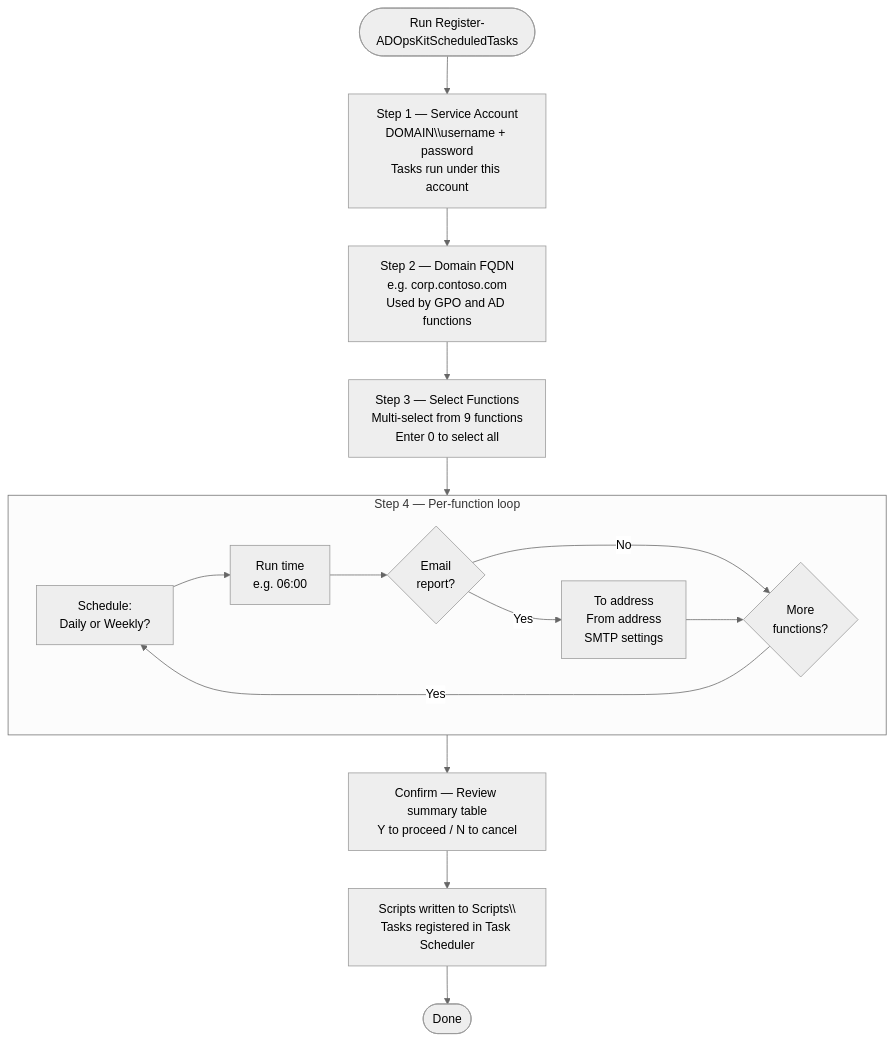
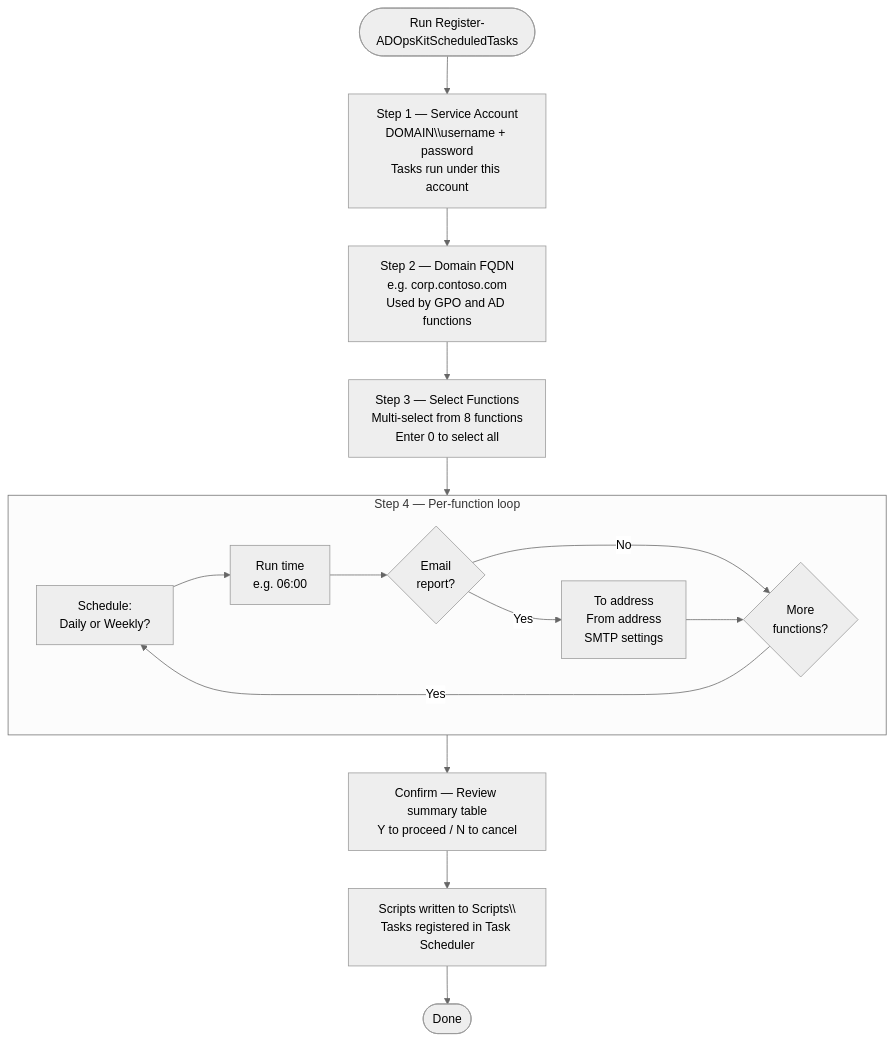
One commit to Karanth1992/powershell-scripts changed the second of 4 diagrams in WORKFLOW.md. Above: the diagram before and after it, drawn with Mermaid (neutral theme). The commit also changed other lines of this file and 12 other files, not shown here.

````diff
--- a/WORKFLOW.md
+++ b/WORKFLOW.md
@@ -54,24 +54,24 @@
 ```mermaid
 flowchart TD
     START([Run Register-ADOpsKitScheduledTasks]) --> S1
 
     S1["Step 1 — Service Account\nDOMAIN\\username + password\nTasks run under this account"] --> S2
 
     S2["Step 2 — Domain FQDN\ne.g. corp.contoso.com\nUsed by GPO and AD functions"] --> S3
 
-    S3["Step 3 — Select Functions\nMulti-select from 9 functions\nEnter 0 to select all"] --> LOOP
+    S3["Step 3 — Select Functions\nMulti-select from 8 functions\nEnter 0 to select all"] --> LOOP
 
     subgraph LOOP["Step 4 — Per-function loop"]
         direction LR
         L1["Schedule:\nDaily or Weekly?"] --> L2["Run time\ne.g. 06:00"]
         L2 --> L3{"Email\nreport?"}
         L3 -->|Yes| L4["To address\nFrom address\nSMTP settings"]
         L3 -->|No| L5
         L4 --> L5{More\nfunctions?}
         L5 -->|Yes| L1
     end
 
     LOOP --> CONFIRM["Confirm — Review summary table\nY to proceed / N to cancel"]
     CONFIRM --> REG["Scripts written to Scripts\\\nTasks registered in Task Scheduler"]
     REG --> DONE([Done])
 ```
````
